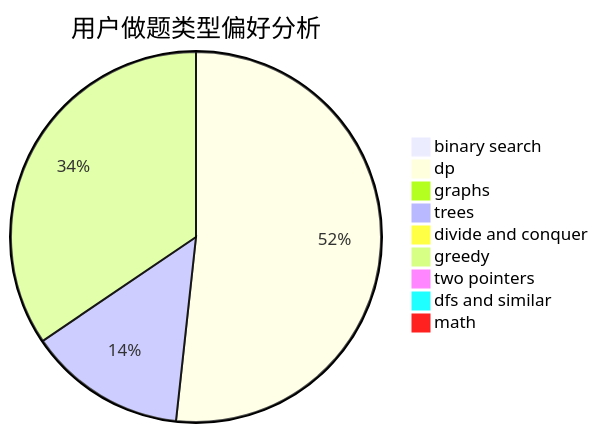
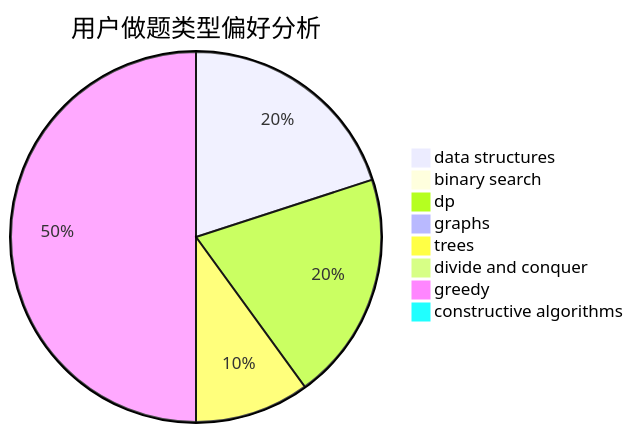
Before and after one commit to sherpahu/cfrs.github.io: the second of 3 diagrams in docs/user/u775.md, drawn with Mermaid. The commit also changed other lines of this file and 2775 other files, not shown here.

````diff
--- a/docs/user/u775.md
+++ b/docs/user/u775.md
@@ -23,12 +23,11 @@
 ```mermaid
 pie title 用户做题类型偏好分析
+    "data structures" :  4
     "binary search" :  0
-    "dp" :  15
+    "dp" :  4
     "graphs" :  0
-    "trees" :  4
+    "trees" :  2
     "divide and conquer" :  0
     "greedy" :  10
-    "two pointers" :  0
-    "dfs and similar" :  0
-    "math" :  0
+    "constructive algorithms" :  0
 ```
````
